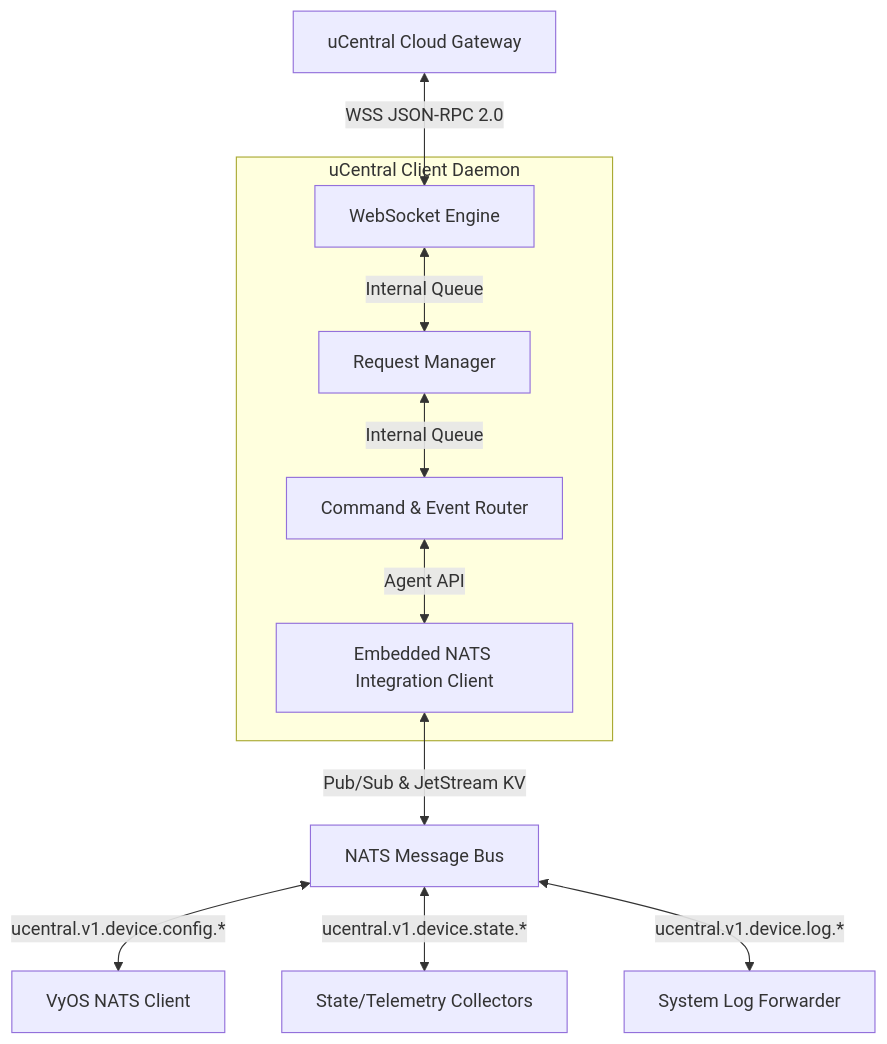
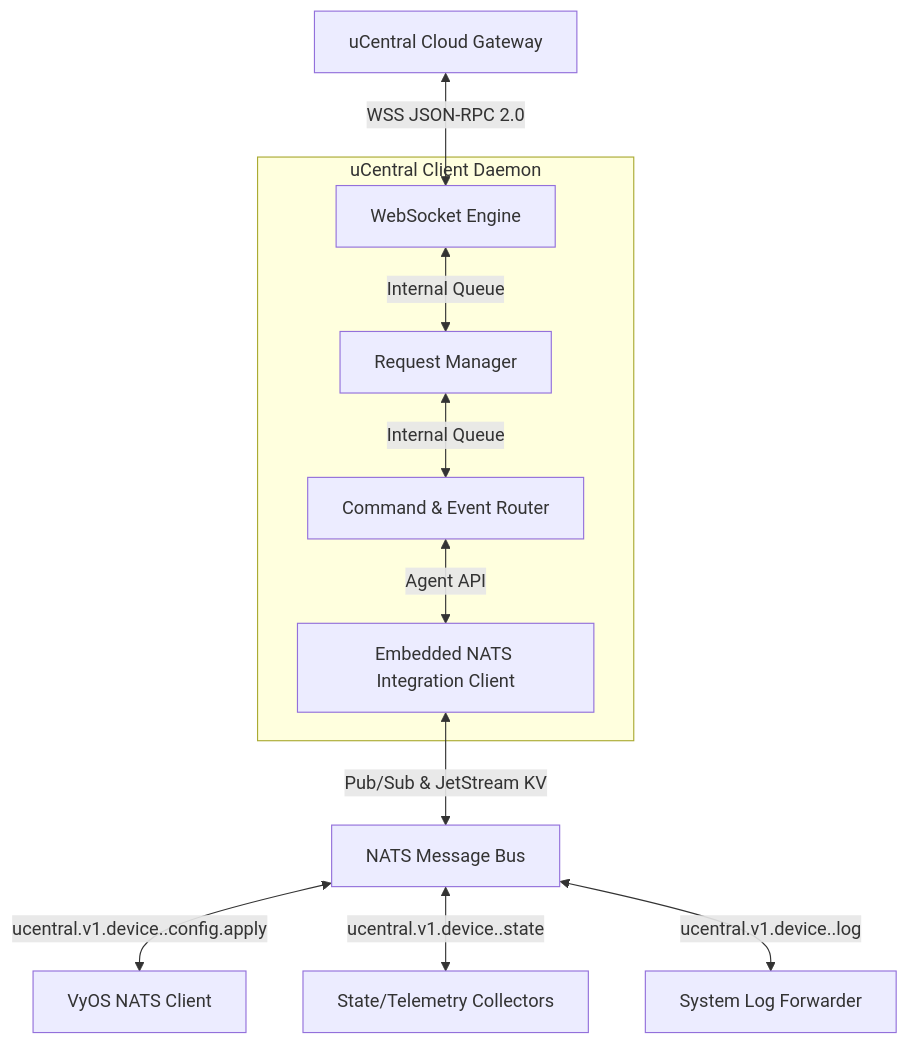
The first of 5 diagrams in HIGH_LEVEL_DESIGN.md (routerarchitects/TIP-olg-ucentral-client), drawn with Mermaid before and after one commit. The commit also changed other lines of this file and 2 other files, not shown here.

Commit message:
docs : adressed PR review comments

````diff
--- a/HIGH_LEVEL_DESIGN.md
+++ b/HIGH_LEVEL_DESIGN.md
@@ -13,19 +13,19 @@
 ```mermaid
 graph TD
     %% Cloud Management
     Cloud[uCentral Cloud Gateway] <-->|WSS JSON-RPC 2.0| WS_Eng[WebSocket Engine]
 
     subgraph uCentral_Client_Daemon [uCentral Client Daemon]
         WS_Eng <-->|Internal Queue| Req_Mgr[Request Manager]
         Req_Mgr <-->|Internal Queue| Router[Command & Event Router]
         Router <-->|Agent API| NATS_Client[Embedded NATS Integration Client]
     end
 
     %% Local Bus
     NATS_Client <-->|Pub/Sub & JetStream KV| NATS_Bus[NATS Message Bus]
 
     %% Other Client Microservices
-    NATS_Bus <-->|ucentral.v1.device.config.*| VyOS_Client[VyOS NATS Client]
-    NATS_Bus <-->|ucentral.v1.device.state.*| Telemetry_Service[State/Telemetry Collectors]
-    NATS_Bus <-->|ucentral.v1.device.log.*| Logging_Service[System Log Forwarder]
+    NATS_Bus <-->|"ucentral.v1.device.<own-serial>.config.apply"| VyOS_Client[VyOS NATS Client]
+    NATS_Bus <-->|"ucentral.v1.device.<own-serial>.state"| Telemetry_Service[State/Telemetry Collectors]
+    NATS_Bus <-->|"ucentral.v1.device.<own-serial>.log"| Logging_Service[System Log Forwarder]
 ```
````
